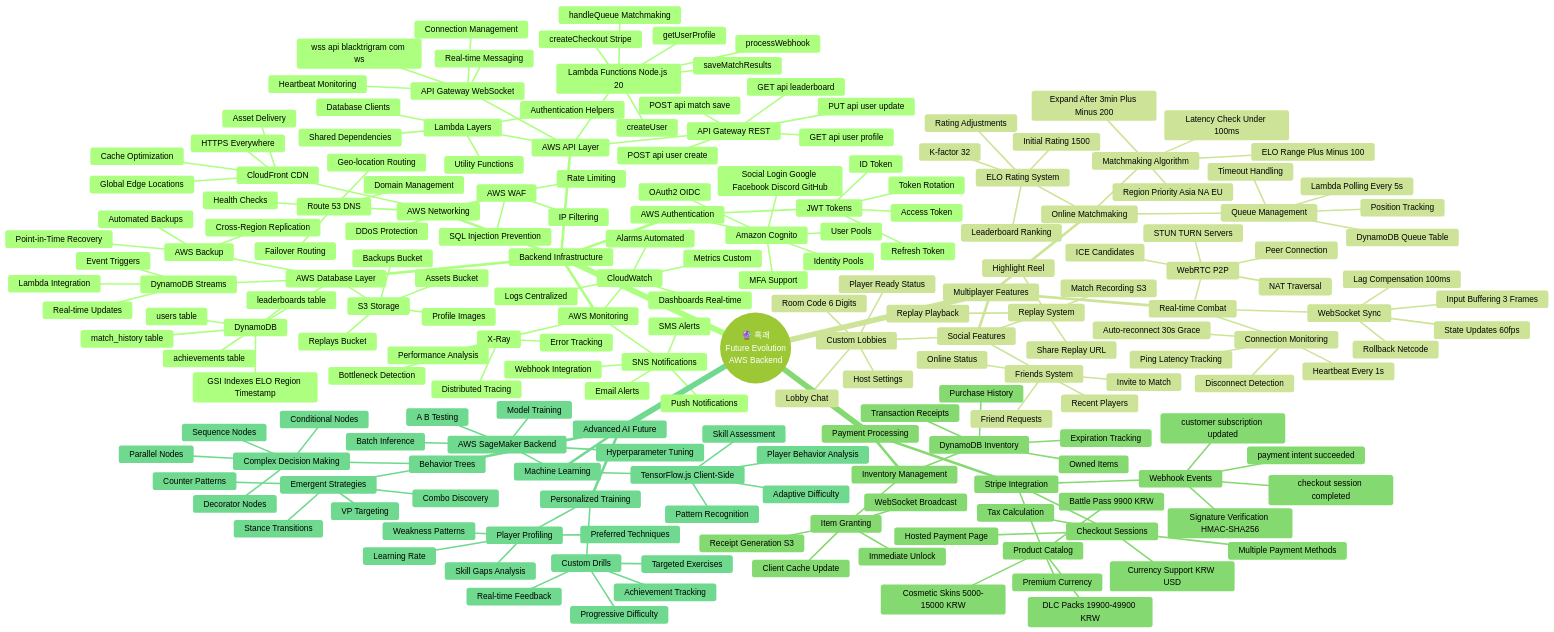
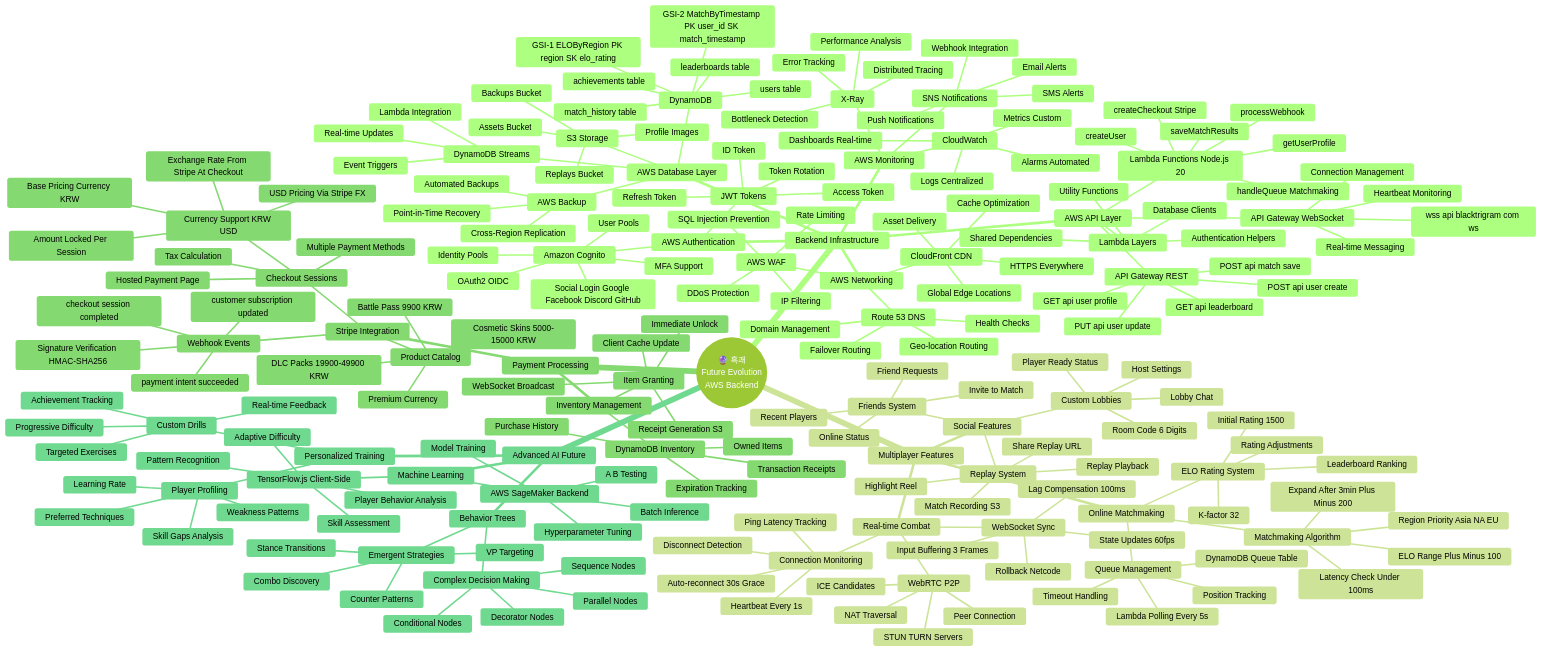
One commit to Hack23/blacktrigram changed the first of 4 diagrams in FUTURE_MINDMAP.md. Above: the diagram before and after it, drawn with Mermaid (forest theme). The commit also changed 4 other files, not shown here.

```diff
--- a/FUTURE_MINDMAP.md
+++ b/FUTURE_MINDMAP.md
@@ -41,7 +41,8 @@
           match_history table
           leaderboards table
           achievements table
-          GSI Indexes ELO Region Timestamp
+          GSI-1 ELOByRegion PK region SK elo_rating
+          GSI-2 MatchByTimestamp PK user_id SK match_timestamp
         DynamoDB Streams
           Real-time Updates
           Event Triggers
@@ -166,6 +167,10 @@
           Hosted Payment Page
           Multiple Payment Methods
           Currency Support KRW USD
+            Base Pricing Currency KRW
+            USD Pricing Via Stripe FX
+            Exchange Rate From Stripe At Checkout
+            Amount Locked Per Session
           Tax Calculation
         Webhook Events
           checkout session completed
```
